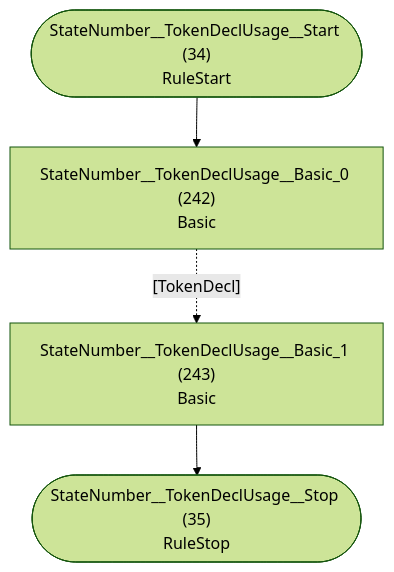
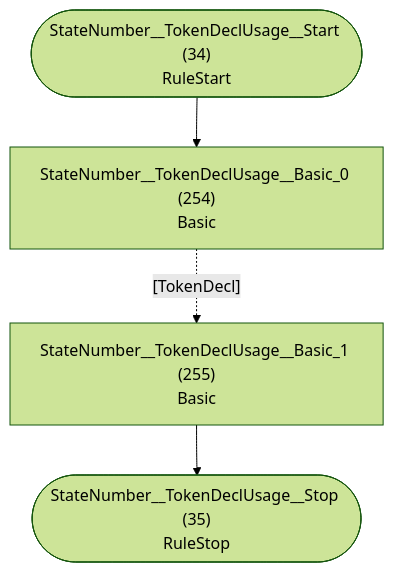
Before and after one commit to TypeFox/fastbelt: diagram 18 of 37 in internal/grammar/atn.md, drawn with Mermaid (forest theme). The commit also changed other lines of this file and 10 other files, not shown here.

````diff
--- a/internal/grammar/atn.md
+++ b/internal/grammar/atn.md
@@ -549,11 +573,11 @@
 ```mermaid
 flowchart TD
     q34(["StateNumber__TokenDeclUsage__Start (34)<br/>RuleStart"])
     q35(["StateNumber__TokenDeclUsage__Stop (35)<br/>RuleStop"])
-    q242["StateNumber__TokenDeclUsage__Basic_0 (242)<br/>Basic<br/>"]
-    q243["StateNumber__TokenDeclUsage__Basic_1 (243)<br/>Basic<br/>"]
+    q254["StateNumber__TokenDeclUsage__Basic_0 (254)<br/>Basic<br/>"]
+    q255["StateNumber__TokenDeclUsage__Basic_1 (255)<br/>Basic<br/>"]
 
-    q34 --> q242
-    q242 -.->|"[TokenDecl]"| q243
-    q243 --> q35
+    q34 --> q254
+    q254 -.->|"[TokenDecl]"| q255
+    q255 --> q35
 ```
````
